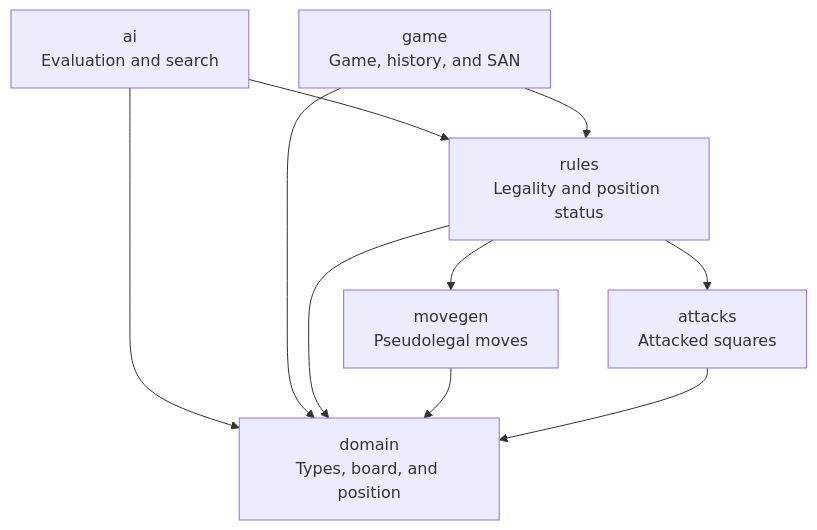
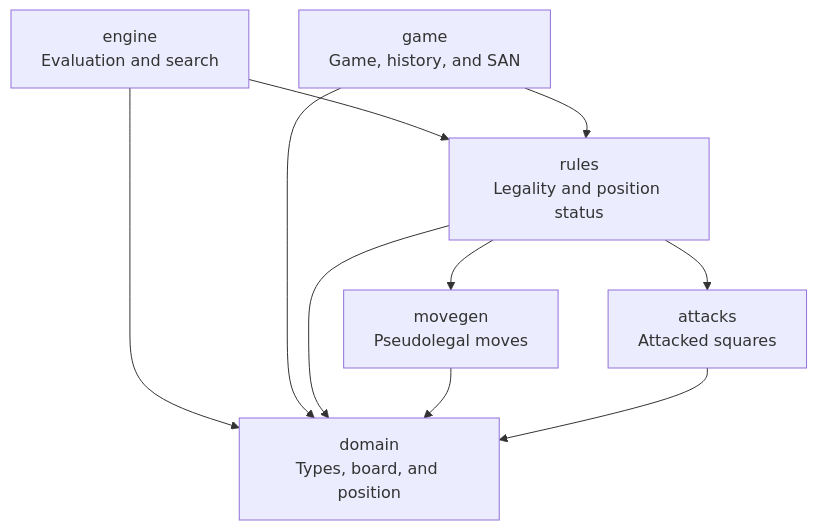
One commit to gabrzb/chess-go changed the second of 2 diagrams in README-EN.md. Above: the diagram before and after it, drawn with Mermaid. The commit also changed other lines of this file and 7 other files, not shown here.

````diff
--- a/README-EN.md
+++ b/README-EN.md
@@ -188,19 +197,19 @@
 ```mermaid
 flowchart TB
     game["game<br/>Game, history, and SAN"]
-    ai["ai<br/>Evaluation and search"]
+    ai["engine<br/>Evaluation and search"]
     rules["rules<br/>Legality and position status"]
     movegen["movegen<br/>Pseudolegal moves"]
     attacks["attacks<br/>Attacked squares"]
     chess["domain<br/>Types, board, and position"]
 
     ai --> rules
     game --> rules
     rules --> movegen
     rules --> attacks
     ai --> chess
     game --> chess
     rules --> chess
     movegen --> chess
     attacks --> chess
 ```
````
